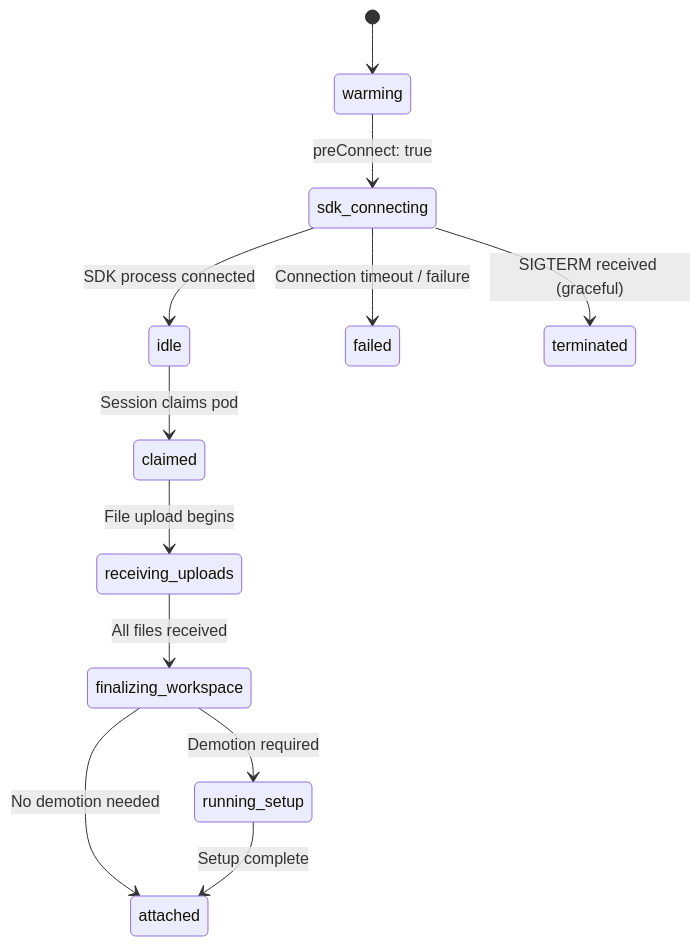
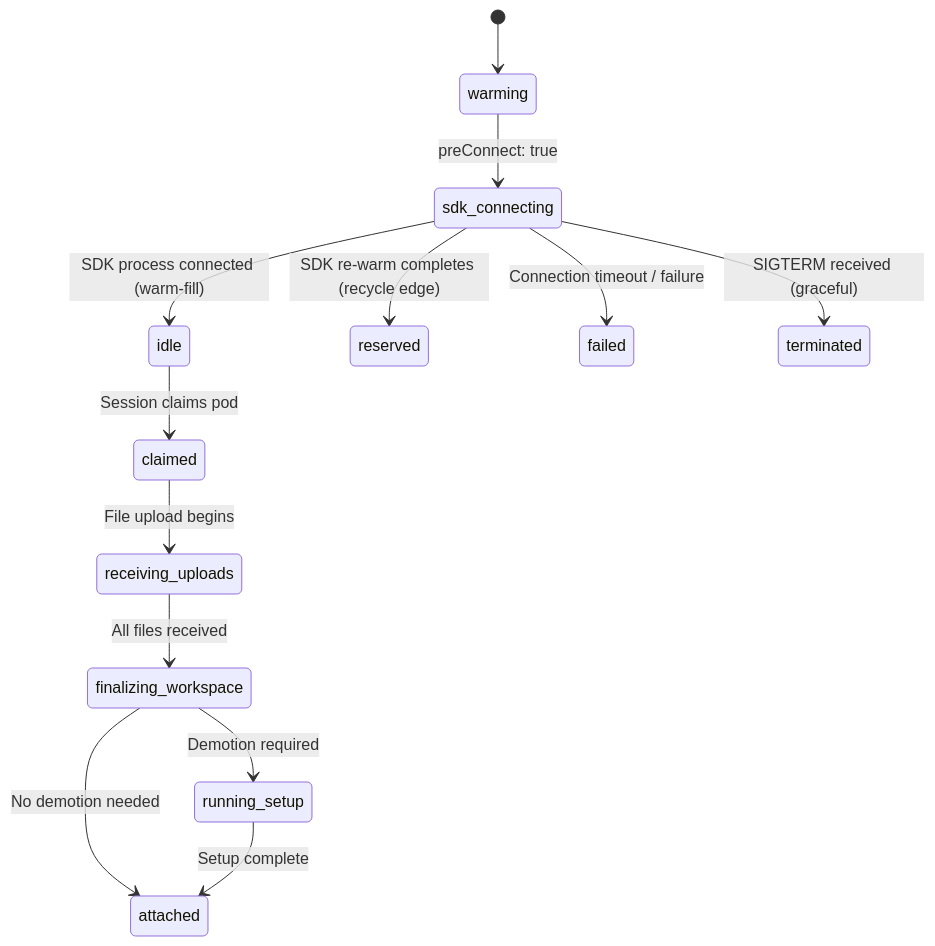
The third of 7 diagrams in docs/reference/state-machines.md (lennylabs/lenny), drawn with Mermaid before and after one commit. The commit also changed other lines of this file and 39 other files, not shown here.

First line of the commit message:
0002 S35: docs and diagram sweep to session|service modes, close F-5.2.30 superseded

````diff
--- a/docs/reference/state-machines.md
+++ b/docs/reference/state-machines.md
@@ -165,15 +165,16 @@
 ```mermaid
 stateDiagram-v2
     [*] --> warming
     warming --> sdk_connecting : preConnect: true
-    sdk_connecting --> idle : SDK process connected
+    sdk_connecting --> idle : SDK process connected (warm-fill)
+    sdk_connecting --> reserved : SDK re-warm completes (recycle edge)
     sdk_connecting --> failed : Connection timeout / failure
     sdk_connecting --> terminated : SIGTERM received (graceful)
 
     idle --> claimed : Session claims pod
     claimed --> receiving_uploads : File upload begins
     receiving_uploads --> finalizing_workspace : All files received
     finalizing_workspace --> running_setup : Demotion required
     finalizing_workspace --> attached : No demotion needed
     running_setup --> attached : Setup complete
 ```
````
